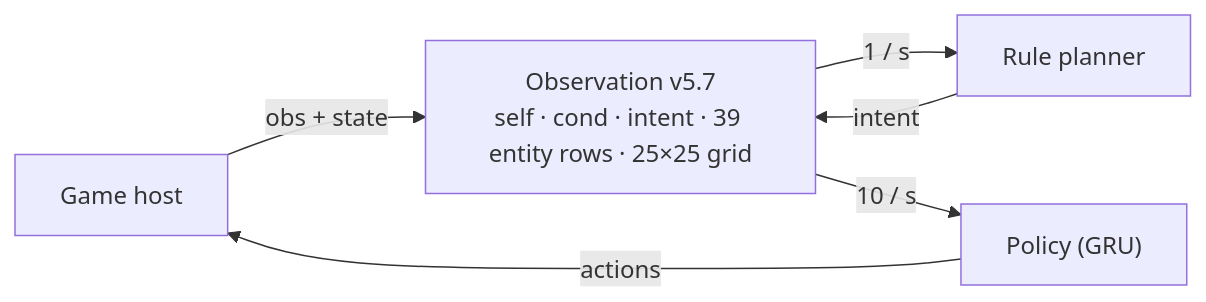
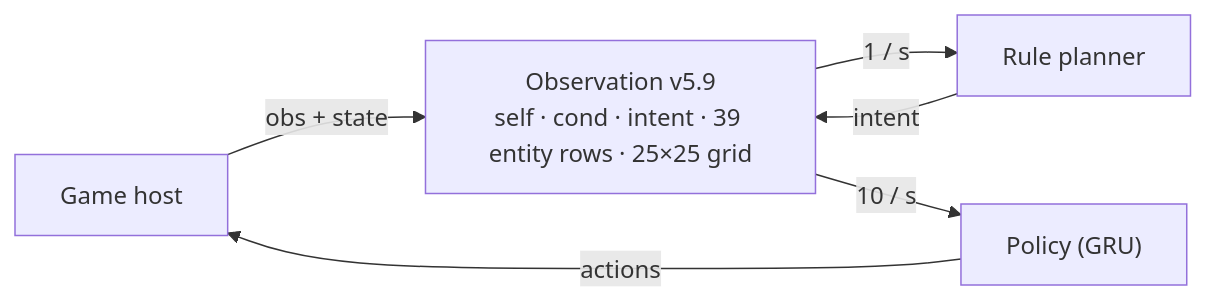
Before and after one commit to mlgdoggynoob/bsrl-sim: the first of 2 diagrams in README.md, drawn with Mermaid. The commit also changed other lines of this file, not shown here.

First line of the commit message:
README: observation version v5.9 in the diagram and Notes, v5.8 / v5.9 rows in the version table

````diff
--- a/README.md
+++ b/README.md
@@ -59,6 +59,6 @@
 ```mermaid
 flowchart LR
-    H["Game host"] -->|"obs + state"| O["Observation v5.7<br/>self · cond · intent · 39 entity rows · 25×25 grid"]
+    H["Game host"] -->|"obs + state"| O["Observation v5.9<br/>self · cond · intent · 39 entity rows · 25×25 grid"]
     O -->|"1 / s"| PL["Rule planner"] -->|"intent"| O
     O -->|"10 / s"| P["Policy (GRU)"] -->|"actions"| H
 ```
````
